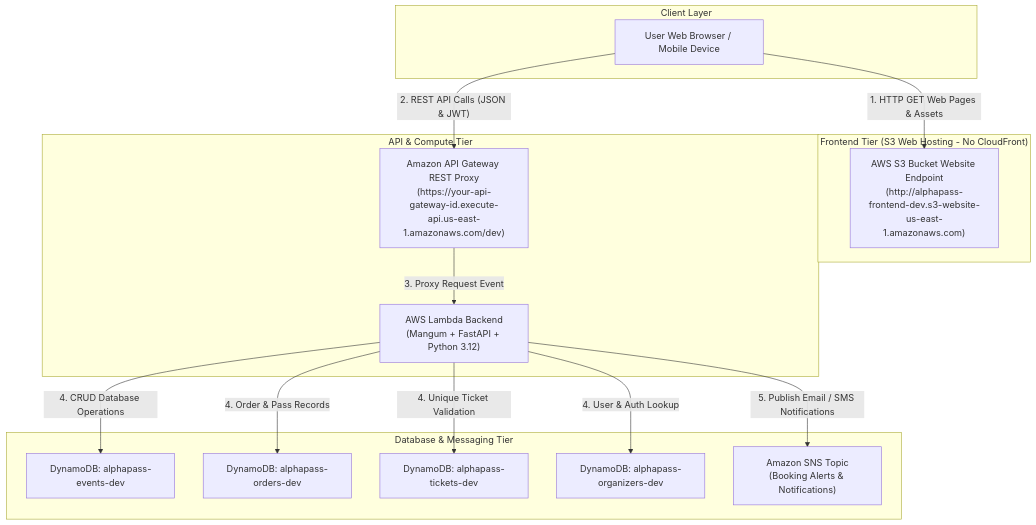
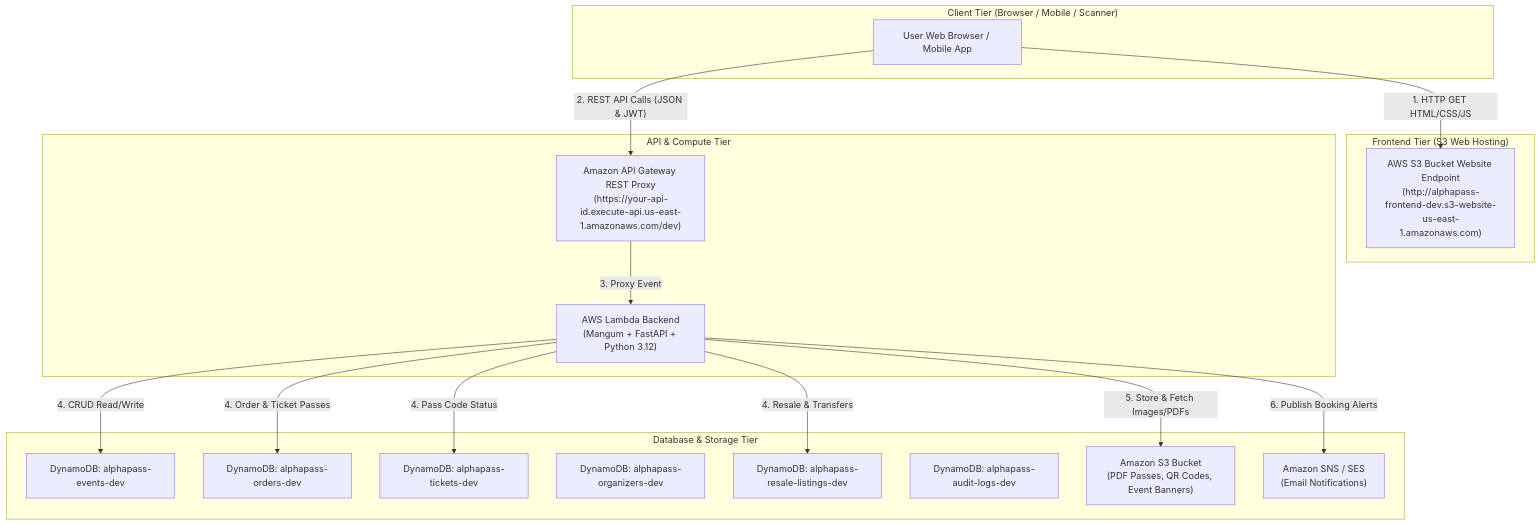
One commit to Azubi-Team-Alpha/event-ticketing--alphapass changed the diagram in docs/integration.md. Above: the diagram before and after it, drawn with Mermaid. The commit also changed other lines of this file and 4 other files, not shown here.

````diff
--- a/docs/integration.md
+++ b/docs/integration.md
@@ -9,32 +9,36 @@
 ```mermaid
 flowchart TD
-    subgraph ClientLayer ["Client Layer"]
-        UserBrowser["User Web Browser / Mobile Device"]
+    subgraph ClientLayer ["Client Tier (Browser / Mobile / Scanner)"]
+        UserBrowser["User Web Browser / Mobile App"]
     end
 
-    subgraph AWS_Static ["Frontend Tier (S3 Web Hosting - No CloudFront)"]
-        S3_Web["AWS S3 Bucket Website Endpoint\n(http://alphapass-frontend-dev.s3-website-us-east-1.amazonaws.com)"]
+    subgraph AWS_Static ["Frontend Tier (S3 Web Hosting)"]
+        S3_Web["AWS S3 Bucket Website Endpoint<br>(http://alphapass-frontend-dev.s3-website-us-east-1.amazonaws.com)"]
     end
 
     subgraph AWS_API ["API & Compute Tier"]
-        APIGW["Amazon API Gateway REST Proxy\n(https://your-api-gateway-id.execute-api.us-east-1.amazonaws.com/dev)"]
-        Lambda["AWS Lambda Backend\n(Mangum + FastAPI + Python 3.12)"]
+        APIGW["Amazon API Gateway REST Proxy<br>(https://your-api-id.execute-api.us-east-1.amazonaws.com/dev)"]
+        Lambda["AWS Lambda Backend<br>(Mangum + FastAPI + Python 3.12)"]
     end
 
-    subgraph AWS_Data ["Database & Messaging Tier"]
+    subgraph AWS_Data ["Database & Storage Tier"]
         DDB_Events["DynamoDB: alphapass-events-dev"]
         DDB_Orders["DynamoDB: alphapass-orders-dev"]
         DDB_Tickets["DynamoDB: alphapass-tickets-dev"]
         DDB_Users["DynamoDB: alphapass-organizers-dev"]
-        SNS["Amazon SNS Topic\n(Booking Alerts & Notifications)"]
+        DDB_Resale["DynamoDB: alphapass-resale-listings-dev"]
+        DDB_Logs["DynamoDB: alphapass-audit-logs-dev"]
+        S3_Assets["Amazon S3 Bucket<br>(PDF Passes, QR Codes, Event Banners)"]
+        SNS["Amazon SNS / SES<br>(Email Notifications)"]
     end
 
-    UserBrowser -->|"1. HTTP GET Web Pages & Assets"| S3_Web
+    UserBrowser -->|"1. HTTP GET HTML/CSS/JS"| S3_Web
     UserBrowser -->|"2. REST API Calls (JSON & JWT)"| APIGW
-    APIGW -->|"3. Proxy Request Event"| Lambda
-    Lambda -->|"4. CRUD Database Operations"| DDB_Events
-    Lambda -->|"4. Order & Pass Records"| DDB_Orders
-    Lambda -->|"4. Unique Ticket Validation"| DDB_Tickets
-    Lambda -->|"4. User & Auth Lookup"| DDB_Users
-    Lambda -->|"5. Publish Email / SMS Notifications"| SNS
+    APIGW -->|"3. Proxy Event"| Lambda
+    Lambda -->|"4. CRUD Read/Write"| DDB_Events
+    Lambda -->|"4. Order & Ticket Passes"| DDB_Orders
+    Lambda -->|"4. Pass Code Status"| DDB_Tickets
+    Lambda -->|"4. Resale & Transfers"| DDB_Resale
+    Lambda -->|"5. Store & Fetch Images/PDFs"| S3_Assets
+    Lambda -->|"6. Publish Booking Alerts"| SNS
 ```
````
